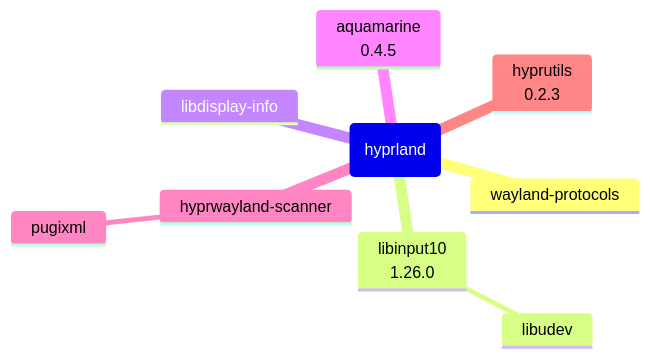
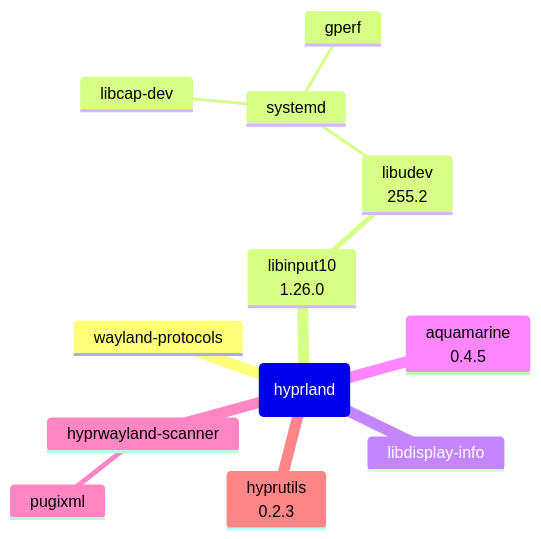
The diagram in source/_posts/lnx/ok.md (lucmann/lucmann.github.io), drawn with Mermaid before and after one commit.

Commit message:
linux: ok: prepare to build libudev

````diff
--- a/source/_posts/lnx/ok.md
+++ b/source/_posts/lnx/ok.md
@@ -558,12 +558,15 @@
 ```mermaid
 mindmap
   root(hyprland)
     wayland-protocols
     libinput10<br>1.26.0
-      libudev
+      libudev<br>255.2
+        systemd
+          libcap-dev
+          gperf
     libdisplay-info
     aquamarine<br>0.4.5
     hyprwayland-scanner
       pugixml
     hyprutils<br>0.2.3
 ```
````
